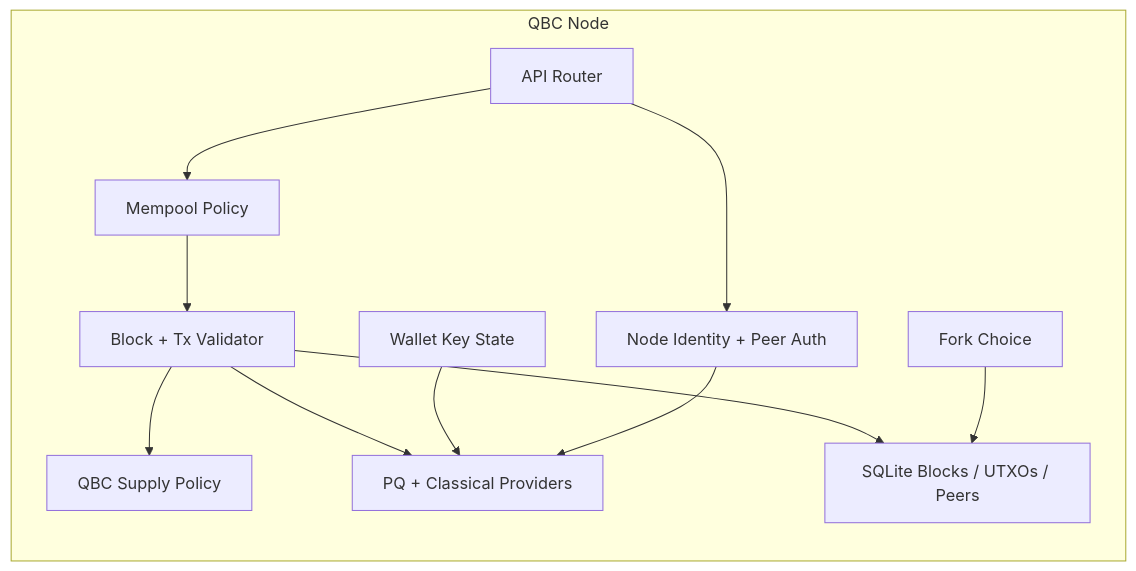
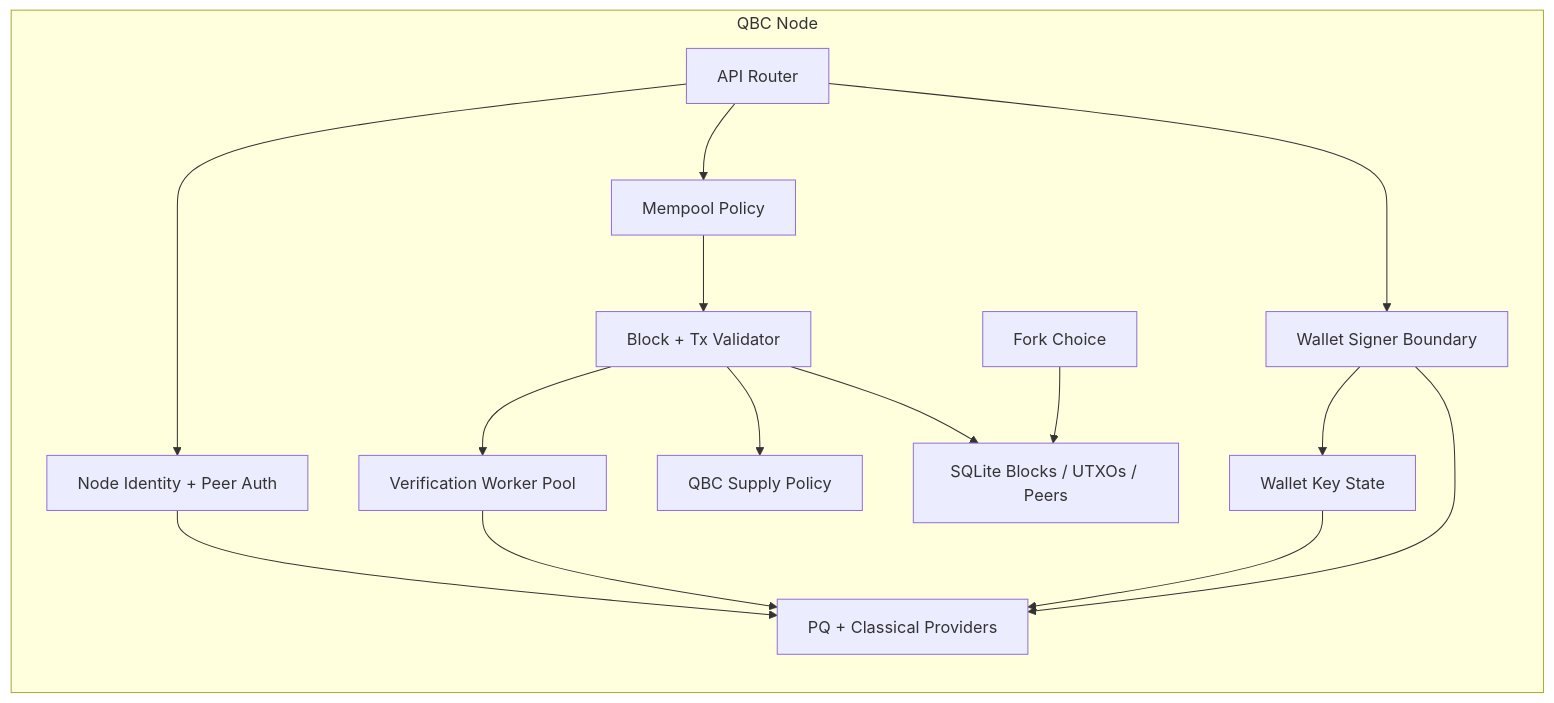
The second of 8 diagrams in README.md (AhmedMohammed100/quantum-resistant-blockchain), drawn with Mermaid before and after one commit. The commit also changed other lines of this file and 27 other files, not shown here.

````diff
--- a/README.md
+++ b/README.md
@@ -142,24 +194,30 @@
 ```mermaid
 flowchart LR
     subgraph Node["QBC Node"]
         API["API Router"]
         Auth["Node Identity + Peer Auth"]
+        Signer["Wallet Signer Boundary"]
         Mempool["Mempool Policy"]
         Validator["Block + Tx Validator"]
+        VerifyPool["Verification Worker Pool"]
         ForkChoice["Fork Choice"]
         Currency["QBC Supply Policy"]
         Storage["SQLite Blocks / UTXOs / Peers"]
         WalletState["Wallet Key State"]
         Providers["PQ + Classical Providers"]
     end
 
     API --> Auth
     API --> Mempool
+    API --> Signer
     Mempool --> Validator
+    Validator --> VerifyPool
     Validator --> Currency
-    Validator --> Providers
+    VerifyPool --> Providers
     Validator --> Storage
     ForkChoice --> Storage
     WalletState --> Providers
+    Signer --> WalletState
+    Signer --> Providers
     Auth --> Providers
 ```
````
